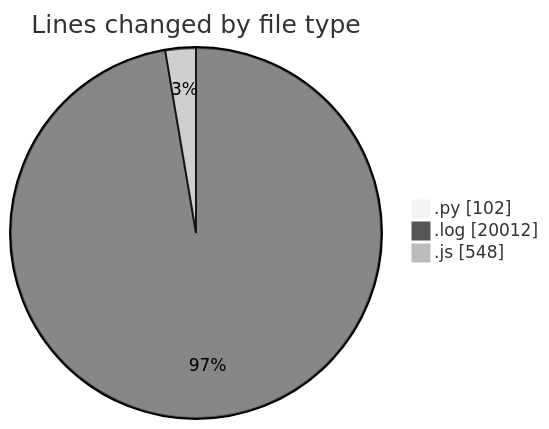
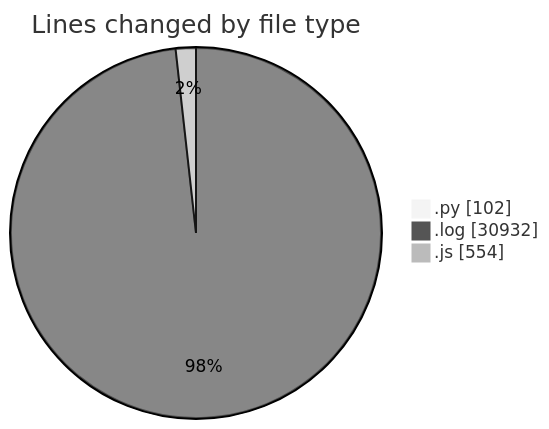
Before and after one commit to nxtqubesakshisongat/code-tracking: the first of 2 diagrams in 2025-04-11/nxtqube_webapp/README.md, drawn with Mermaid (neutral theme). The commit also changed other lines of this file and 1 other file, not shown here.

````diff
--- a/2025-04-11/nxtqube_webapp/README.md
+++ b/2025-04-11/nxtqube_webapp/README.md
@@ -23,7 +23,7 @@
 ```mermaid
 pie showData
 title Lines changed by file type
 ".py" : 102
-".log" : 20012
-".js" : 548
+".log" : 30932
+".js" : 554
 ```
````
